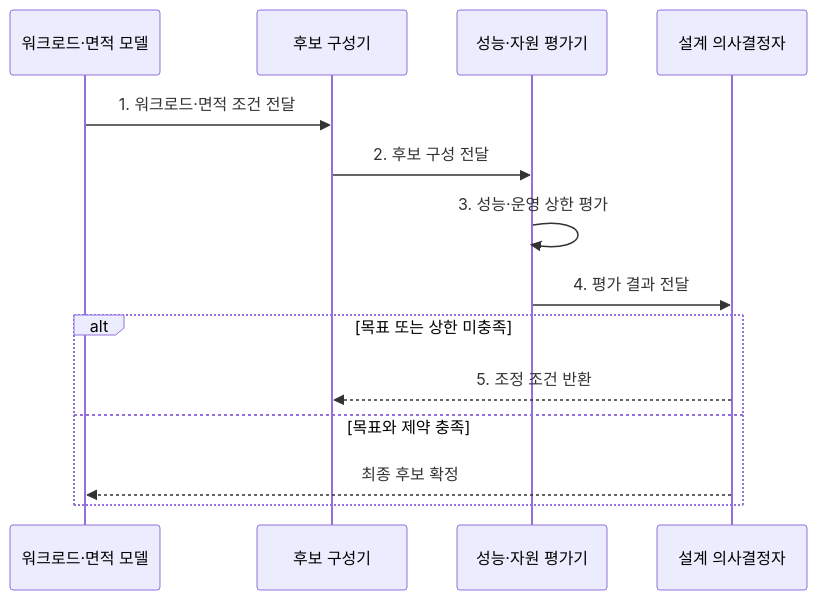
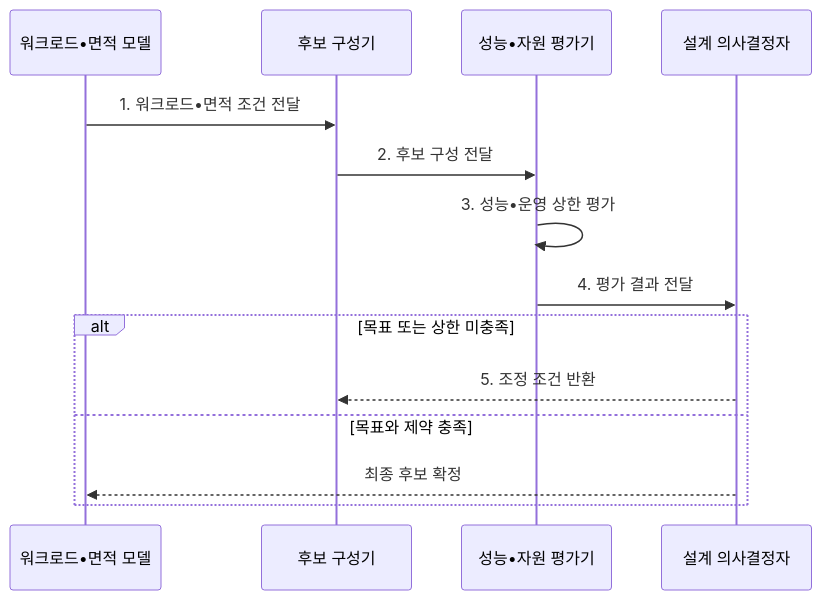
Before and after one commit to agnusdei1207/knowledge-base: the second of 2 diagrams in src/content/docs/notes/02-hardware/011_pollacks_rule.md, drawn with Mermaid. The commit also changed other lines of this file and 953 other files, not shown here.

````diff
--- a/src/content/docs/notes/02-hardware/011_pollacks_rule.md
+++ b/src/content/docs/notes/02-hardware/011_pollacks_rule.md
@@ -112,17 +112,17 @@
 ```mermaid
 sequenceDiagram
-    participant M as 워크로드·면적 모델
+    participant M as 워크로드•면적 모델
     participant C as 후보 구성기
-    participant E as 성능·자원 평가기
+    participant E as 성능•자원 평가기
     participant D as 설계 의사결정자
 
-    M->>C: 1. 워크로드·면적 조건 전달
+    M->>C: 1. 워크로드•면적 조건 전달
     C->>E: 2. 후보 구성 전달
-    E->>E: 3. 성능·운영 상한 평가
+    E->>E: 3. 성능•운영 상한 평가
     E->>D: 4. 평가 결과 전달
     alt 목표 또는 상한 미충족
         D-->>C: 5. 조정 조건 반환
     else 목표와 제약 충족
         D-->>M: 최종 후보 확정
     end
 ```
````
